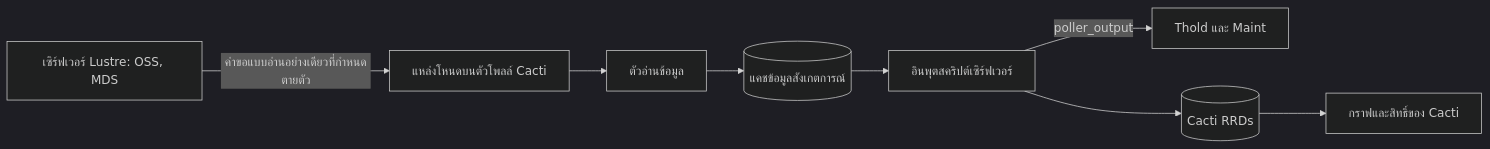
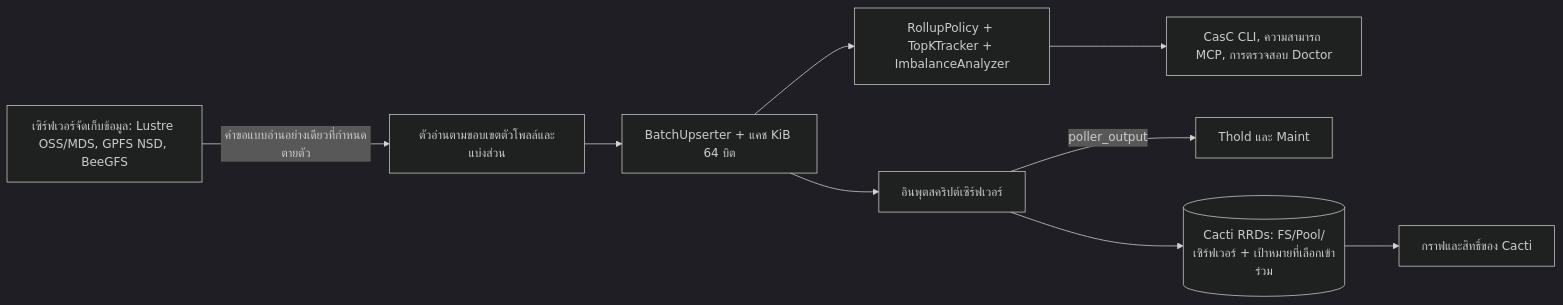
Before and after one commit to somethingwithproof/plugin_pfs: the diagram in docs/i18n/th-TH/README.md, drawn with Mermaid (dark theme). The commit also changed other lines of this file and 47 other files, not shown here.

````diff
--- a/docs/i18n/th-TH/README.md
+++ b/docs/i18n/th-TH/README.md
@@ -74,10 +82,11 @@
 ```mermaid
 flowchart LR
-    N["เซิร์ฟเวอร์ Lustre: OSS, MDS"] -->|"คำขอแบบอ่านอย่างเดียวที่กำหนดตายตัว"| S["แหล่งโหนดบนตัวโพลล์ Cacti"]
-    S --> R["ตัวอ่านข้อมูล"]
-    R --> C[("แคชข้อมูลสังเกตการณ์")]
-    C --> SS["อินพุตสคริปต์เซิร์ฟเวอร์"]
+    N["เซิร์ฟเวอร์จัดเก็บข้อมูล: Lustre OSS/MDS, GPFS NSD, BeeGFS"] -->|"คำขอแบบอ่านอย่างเดียวที่กำหนดตายตัว"| S["ตัวอ่านตามขอบเขตตัวโพลล์และแบ่งส่วน"]
+    S --> B["BatchUpserter + แคช KiB 64 บิต"]
+    B --> R["RollupPolicy + TopKTracker + ImbalanceAnalyzer"]
+    B --> SS["อินพุตสคริปต์เซิร์ฟเวอร์"]
+    R --> ECO["CasC CLI, ความสามารถ MCP, การตรวจสอบ Doctor"]
     SS -->|poller_output| T["Thold และ Maint"]
-    SS --> RRD[("Cacti RRDs")]
+    SS --> RRD[("Cacti RRDs: FS/Pool/เซิร์ฟเวอร์ + เป้าหมายที่เลือกเข้าร่วม")]
     RRD --> G["กราฟและสิทธิ์ของ Cacti"]
 ```
````
